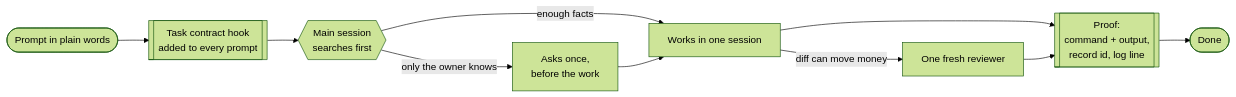
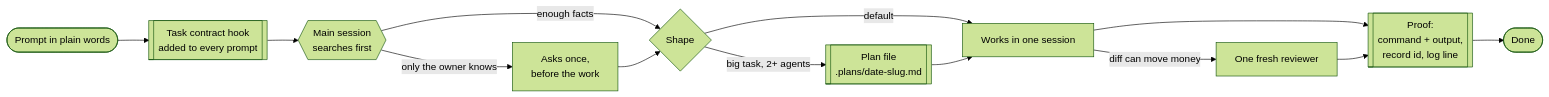
Before and after one commit to byigorduvanov/claude-adaptive-orchestration: the diagram in README.md, drawn with Mermaid (forest theme). The commit also changed other lines of this file and 1 other file, not shown here.

Commit message:
README: per-task loop, plan file, plan-gate and mem-health hooks, Claude-owned skills and memory, rework recheck

````diff
--- a/README.md
+++ b/README.md
@@ -34,12 +43,15 @@
 ```mermaid
 flowchart LR
     P([Prompt in plain words]) --> H[["Task contract hook<br/>added to every prompt"]]
     H --> M{{"Main session<br/>searches first"}}
     M -->|only the owner knows| Q["Asks once,<br/>before the work"]
-    M -->|enough facts| W["Works in one session"]
-    Q --> W
+    M -->|enough facts| S{"Shape"}
+    Q --> S
+    S -->|default| W["Works in one session"]
+    S -->|big task, 2+ agents| F[["Plan file<br/>.plans/date-slug.md"]]
+    F --> W
     W -->|diff can move money| R["One fresh reviewer"]
     W --> E[["Proof:<br/>command + output,<br/>record id, log line"]]
     R --> E
     E --> D([Done])
 ```
````
